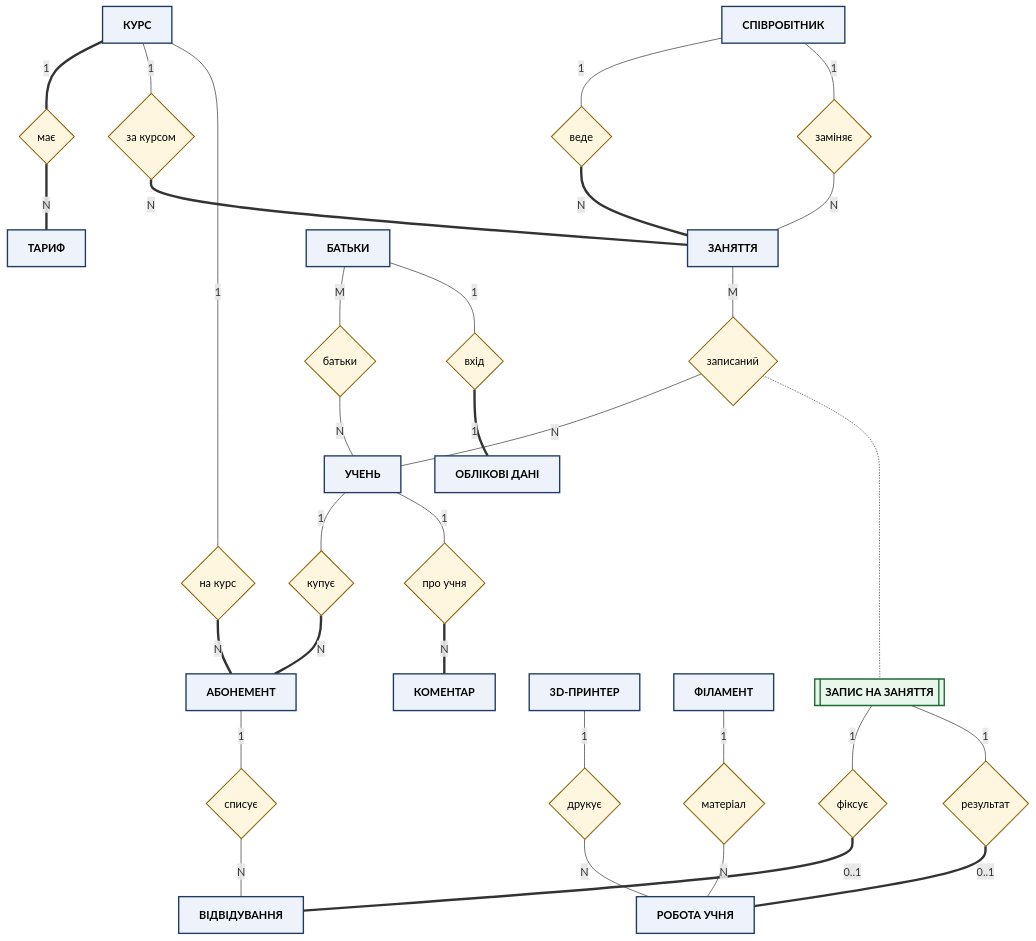
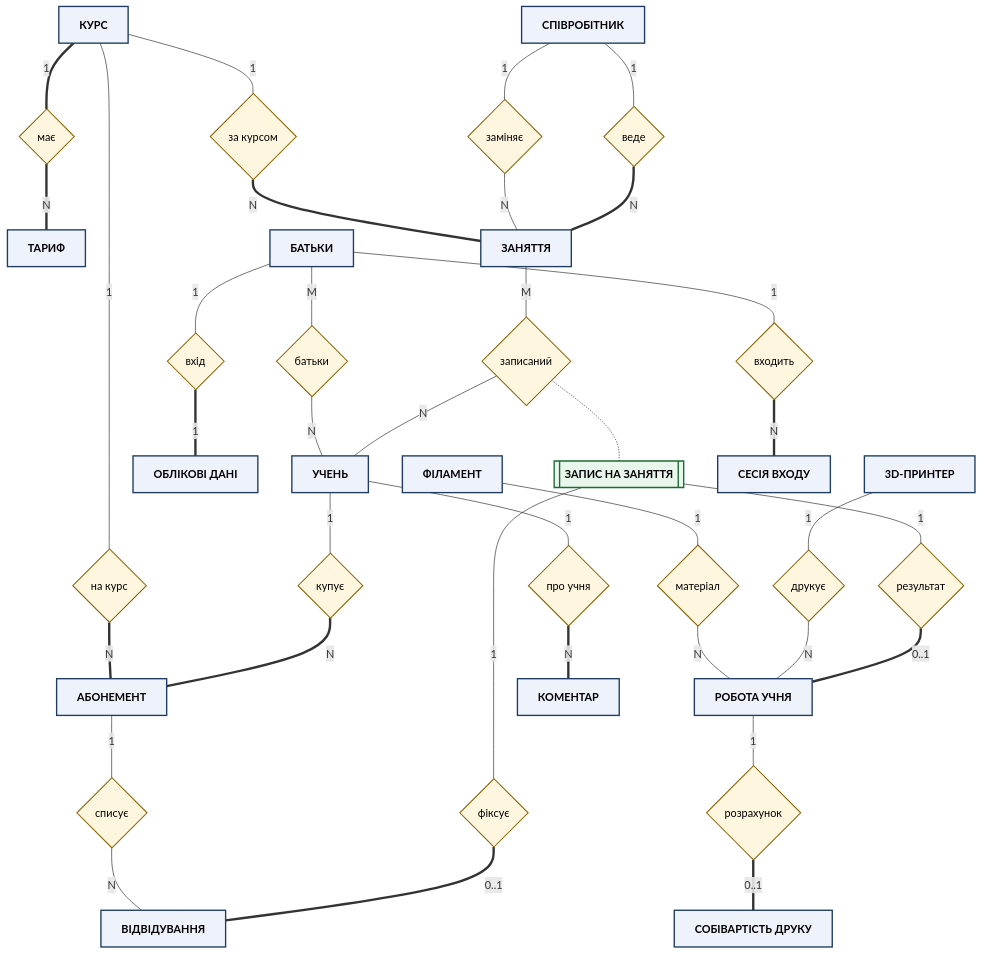
One commit to ut2ucn-dev/ut2ucn-dev.github.io changed the diagram in docs/db-labs/diagrams/lab1_chen.mmd. Above: the diagram before and after it, drawn with Mermaid. The commit also changed 27 other files, not shown here.

First line of the commit message:
DB labs: separate reports per lab based on the current schema (0001-0022)

```diff
--- a/docs/db-labs/diagrams/lab1_chen.mmd
+++ b/docs/db-labs/diagrams/lab1_chen.mmd
@@ -1,52 +1,58 @@
 flowchart TB
   classDef ent fill:#eef3fb,stroke:#1f3b63,stroke-width:2px,color:#000,font-weight:bold
   classDef rel fill:#fff6e0,stroke:#8a6100,stroke-width:1.5px,color:#000
   classDef assoc fill:#e9f6ec,stroke:#1d6b33,stroke-width:2px,color:#000,font-weight:bold
 
   EMP[СПІВРОБІТНИК]:::ent
   CRS[КУРС]:::ent
   TAR[ТАРИФ]:::ent
   LES[ЗАНЯТТЯ]:::ent
   STU[УЧЕНЬ]:::ent
   PAR[БАТЬКИ]:::ent
   CRED[ОБЛІКОВІ ДАНІ]:::ent
   SUB[АБОНЕМЕНТ]:::ent
   ENR[[ЗАПИС НА ЗАНЯТТЯ]]:::assoc
   ATT[ВІДВІДУВАННЯ]:::ent
   WRK[РОБОТА УЧНЯ]:::ent
   PRN[3D-ПРИНТЕР]:::ent
   FIL[ФІЛАМЕНТ]:::ent
   COM[КОМЕНТАР]:::ent
+  SES[СЕСІЯ ВХОДУ]:::ent
+  WC[СОБІВАРТІСТЬ ДРУКУ]:::ent
 
   R1{веде}:::rel
   R2{заміняє}:::rel
   R3{має}:::rel
   R4{за курсом}:::rel
   R5{записаний}:::rel
   R6{фіксує}:::rel
   R7{результат}:::rel
   R8{купує}:::rel
   R9{на курс}:::rel
   R10{списує}:::rel
   R11{батьки}:::rel
   R12{вхід}:::rel
   R13{друкує}:::rel
   R14{матеріал}:::rel
   R15{про учня}:::rel
+  R16{входить}:::rel
+  R17{розрахунок}:::rel
 
   EMP ---|1| R1 ===|N| LES
   EMP ---|1| R2 ---|N| LES
   CRS ===|1| R3 ===|N| TAR
   CRS ---|1| R4 ===|N| LES
   LES ---|M| R5 ---|N| STU
   R5 -.- ENR
   ENR ---|1| R6 ===|0..1| ATT
   ENR ---|1| R7 ===|0..1| WRK
   STU ---|1| R8 ===|N| SUB
   CRS ---|1| R9 ===|N| SUB
   SUB ---|1| R10 ---|N| ATT
   PAR ---|M| R11 ---|N| STU
   PAR ---|1| R12 ===|1| CRED
   PRN ---|1| R13 ---|N| WRK
   FIL ---|1| R14 ---|N| WRK
   STU ---|1| R15 ===|N| COM
+  PAR ---|1| R16 ===|N| SES
+  WRK ---|1| R17 ===|0..1| WC
```
